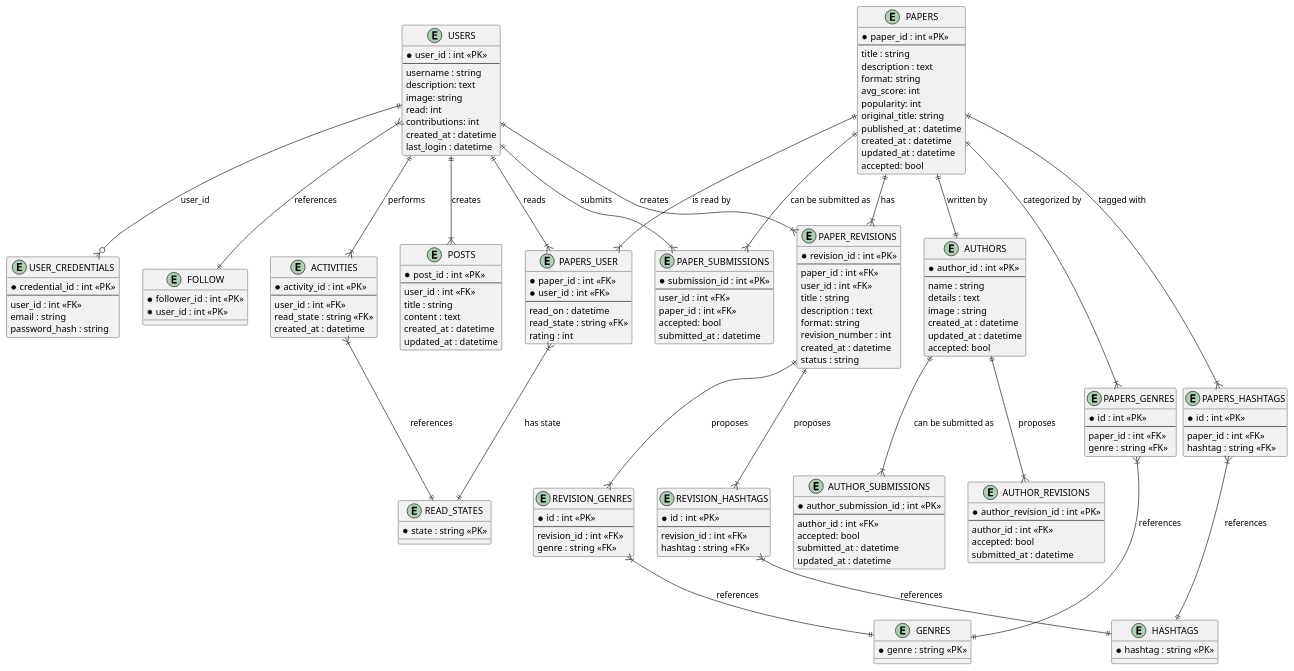
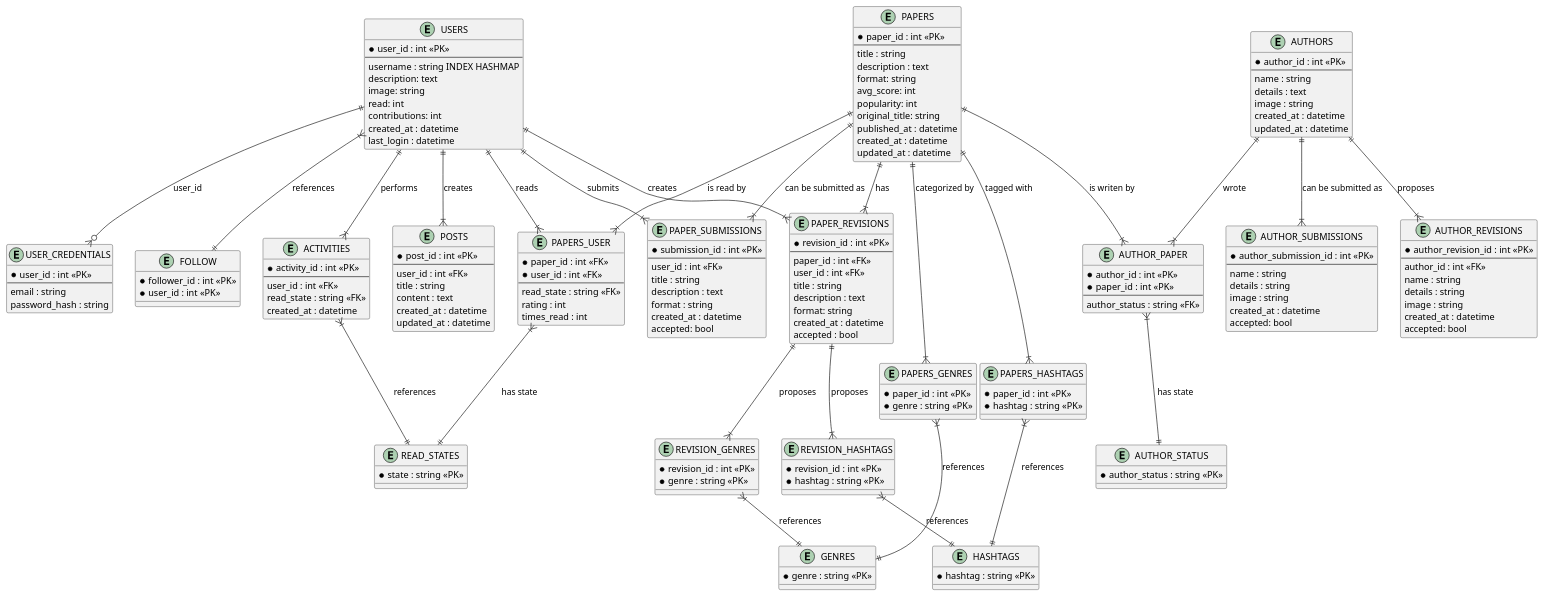
The diagram in uml/entities.puml (pingponghero12/ScienceArch), drawn with PlantUML before and after one commit. The commit also changed 3 other files, not shown here.

```diff
--- a/uml/entities.puml
+++ b/uml/entities.puml
@@ -3,7 +3,7 @@
 entity "USERS" {
   *user_id : int <<PK>>
   --
-  username : string
+  username : string INDEX HASHMAP
   description: text
   image: string
   read: int
@@ -13,9 +13,8 @@
 }
 
 entity "USER_CREDENTIALS" {
-  *credential_id : int <<PK>>
+  *user_id : int <<PK>>
   --
-  user_id : int <<FK>>
   email : string
   password_hash : string
 }
@@ -35,9 +34,9 @@
   image : string
   created_at : datetime
   updated_at : datetime
-  accepted: bool
 }
 
+' ID needed since it is possible to have change to reading twize or more
 entity "ACTIVITIES" {
   *activity_id : int <<PK>>
   --
@@ -60,9 +59,9 @@
   *paper_id : int <<FK>>
   *user_id : int <<FK>>
   --
-  read_on : datetime
   read_state : string <<FK>>
   rating : int
+  times_read : int
 }
 
 entity "PAPERS" {
@@ -77,30 +76,27 @@
   published_at : datetime
   created_at : datetime
   updated_at : datetime
-  accepted: bool
 }
 
 entity "PAPERS_GENRES" {
-  *id : int <<PK>>
-  --
-  paper_id : int <<FK>>
-  genre : string <<FK>>
+  *paper_id : int <<PK>>
+  *genre : string <<PK>>
 }
 
 entity "PAPERS_HASHTAGS" {
-  *id : int <<PK>>
-  --
-  paper_id : int <<FK>>
-  hashtag : string <<FK>>
+  *paper_id : int <<PK>>
+  *hashtag : string <<PK>>
 }
 
 entity "PAPER_SUBMISSIONS" {
   *submission_id : int <<PK>>
   --
   user_id : int <<FK>>
-  paper_id : int <<FK>>
+  title : string
+  description : text
+  format : string
+  created_at : datetime
   accepted: bool
-  submitted_at : datetime
 }
 
 entity "PAPER_REVISIONS" {
@@ -111,40 +107,51 @@
   title : string
   description : text
   format: string
-  revision_number : int
   created_at : datetime
-  status : string
+  accepted : bool
 }
 
+' No ID NEEDED
 entity "REVISION_GENRES" {
-  *id : int <<PK>>
-  --
-  revision_id : int <<FK>>
-  genre : string <<FK>>
+  *revision_id : int <<PK>>
+  *genre : string <<PK>>
 }
 
 entity "REVISION_HASHTAGS" {
-  *id : int <<PK>>
-  --
-  revision_id : int <<FK>>
-  hashtag : string <<FK>>
+  *revision_id : int <<PK>>
+  *hashtag : string <<PK>>
 }
 
 entity "AUTHOR_SUBMISSIONS" {
   *author_submission_id : int <<PK>>
   --
-  author_id : int <<FK>>
+  name : string
+  details : string
+  image : string
+  created_at : datetime
   accepted: bool
-  submitted_at : datetime
-  updated_at : datetime
+}
+
+entity "AUTHOR_PAPER" {
+  *author_id : int <<PK>>
+  *paper_id : int <<PK>>
+  --
+  author_status : string <<FK>>
+}
+
+entity "AUTHOR_STATUS" {
+  *author_status : string <<PK>>
 }
 
 entity "AUTHOR_REVISIONS" {
   *author_revision_id : int <<PK>>
   --
   author_id : int <<FK>>
+  name : string
+  details : string
+  image : string
+  created_at : datetime
   accepted: bool
-  submitted_at : datetime
 }
 
 entity "READ_STATES" {
@@ -165,7 +172,7 @@
 USERS ||--|{ ACTIVITIES : "performs"
 USERS ||--|{ PAPER_SUBMISSIONS : "submits"
 
-PAPERS ||--|| AUTHORS : "written by"
+PAPERS ||--|{ AUTHOR_PAPER : "is writen by"
 PAPERS ||--|{ PAPERS_USER : "is read by"
 PAPERS ||--|{ PAPER_SUBMISSIONS : "can be submitted as"
 PAPERS ||--|{ PAPERS_GENRES : "categorized by"
@@ -173,6 +180,9 @@
 
 AUTHORS ||--|{ AUTHOR_SUBMISSIONS : "can be submitted as"
 AUTHORS ||--|{ AUTHOR_REVISIONS : "proposes"
+AUTHORS ||--|{ AUTHOR_PAPER : "wrote"
+
+AUTHOR_PAPER }|--|| AUTHOR_STATUS : "has state"
 
 PAPERS_USER }|--|| READ_STATES : "has state"
 
```
